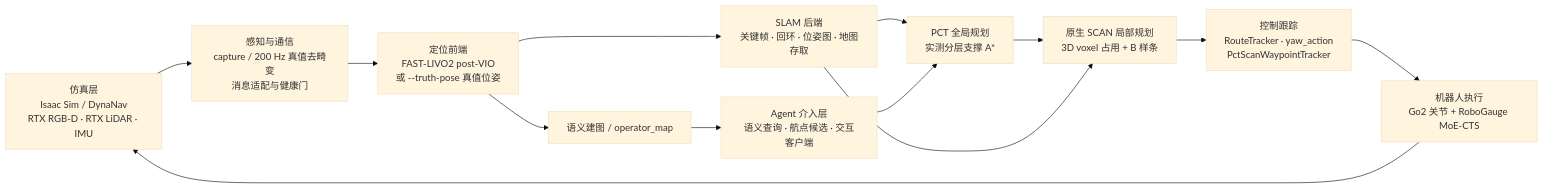
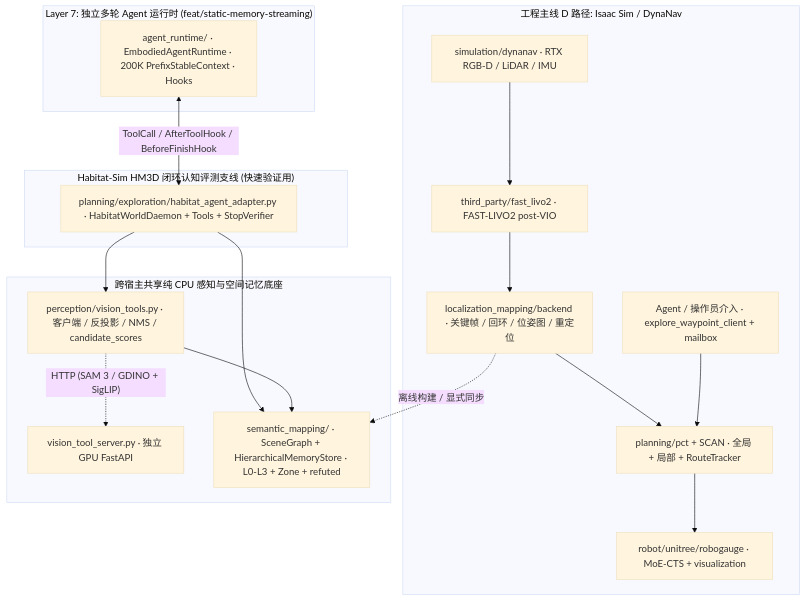
Before and after one commit to hk865/embodied-navigation: the diagram in README.md, drawn with Mermaid (base theme). The commit also changed other lines of this file and 7 other files, not shown here.

Commit message:
docs(readme): update architecture diagrams and module indexes for agent_runtime and vision_tools

````diff
--- a/README.md
+++ b/README.md
@@ -24,15 +24,29 @@
 ```mermaid
-flowchart LR
-  SIM["仿真层<br/>Isaac Sim / DynaNav<br/>RTX RGB-D · RTX LiDAR · IMU"] --> CAP["感知与通信<br/>capture / 200 Hz 真值去畸变<br/>消息适配与健康门"]
-  CAP --> FRONT["定位前端<br/>FAST-LIVO2 post-VIO<br/>或 --truth-pose 真值位姿"]
-  FRONT --> BE["SLAM 后端<br/>关键帧 · 回环 · 位姿图 · 地图存取"]
-  FRONT --> SEM["语义建图 / operator_map"]
-  BE --> PCT["PCT 全局规划<br/>实测分层支撑 A*"]
-  SEM --> AGENT["Agent 介入层<br/>语义查询 · 航点候选 · 交互客户端"]
-  AGENT --> PCT
-  PCT --> SCAN["原生 SCAN 局部规划<br/>3D voxel 占用 + B 样条"]
-  BE --> SCAN
-  SCAN --> CTRL["控制跟踪<br/>RouteTracker · yaw_action<br/>PctScanWaypointTracker"]
-  CTRL --> EXEC["机器人执行<br/>Go2 关节 + RoboGauge MoE-CTS"]
-  EXEC --> SIM
+flowchart TB
+  subgraph HOST_D["工程主线 D 路径: Isaac Sim / DynaNav"]
+    SIM_D["simulation/dynanav · RTX RGB-D / LiDAR / IMU"] --> LIVO["third_party/fast_livo2 · FAST-LIVO2 post-VIO"]
+    LIVO --> BE["localization_mapping/backend · 关键帧 / 回环 / 位姿图 / 重定位"]
+    BE --> PCT_SCAN["planning/pct + SCAN · 全局 + 局部 + RouteTracker"]
+    PCT_SCAN --> GO2["robot/unitree/robogauge · MoE-CTS + visualization"]
+    OP["Agent / 操作员介入 · explore_waypoint_client + mailbox"] --> PCT_SCAN
+  end
+
+  subgraph CORE_MEM["跨宿主共享纯 CPU 感知与空间记忆底座"]
+    VTOOL["perception/vision_tools.py · 客户端 / 反投影 / NMS / candidate_scores"] -. "HTTP (SAM 3 / GDINO + SigLIP)" .-> VSRV["vision_tool_server.py · 独立 GPU FastAPI"]
+    SMEM["semantic_mapping/ · SceneGraph + HierarchicalMemoryStore · L0-L3 + Zone + refuted"]
+  end
+
+  subgraph AGENT_RT["Layer 7: 独立多轮 Agent 运行时 (feat/static-memory-streaming)"]
+    RT["agent_runtime/ · EmbodiedAgentRuntime · 200K PrefixStableContext · Hooks"]
+  end
+
+  subgraph HOST_HAB["Habitat-Sim HM3D 闭环认知评测支线 (快速验证用)"]
+    HAB["planning/exploration/habitat_agent_adapter.py · HabitatWorldDaemon + Tools + StopVerifier"]
+  end
+
+  RT <--> |"ToolCall / AfterToolHook / BeforeFinishHook"| HAB
+  HAB --> VTOOL
+  HAB --> SMEM
+  VTOOL --> SMEM
+  BE -. "离线构建 / 显式同步" .-> SMEM
 ```
````
